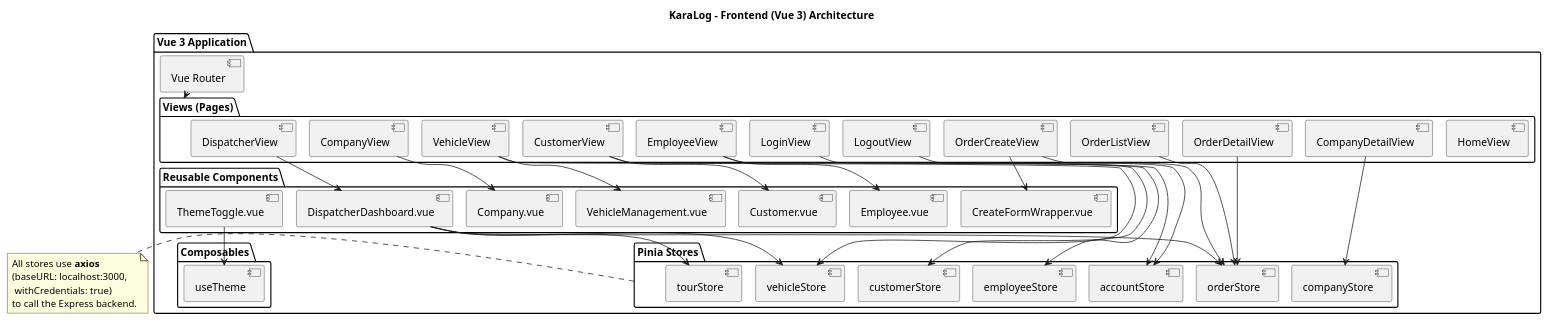
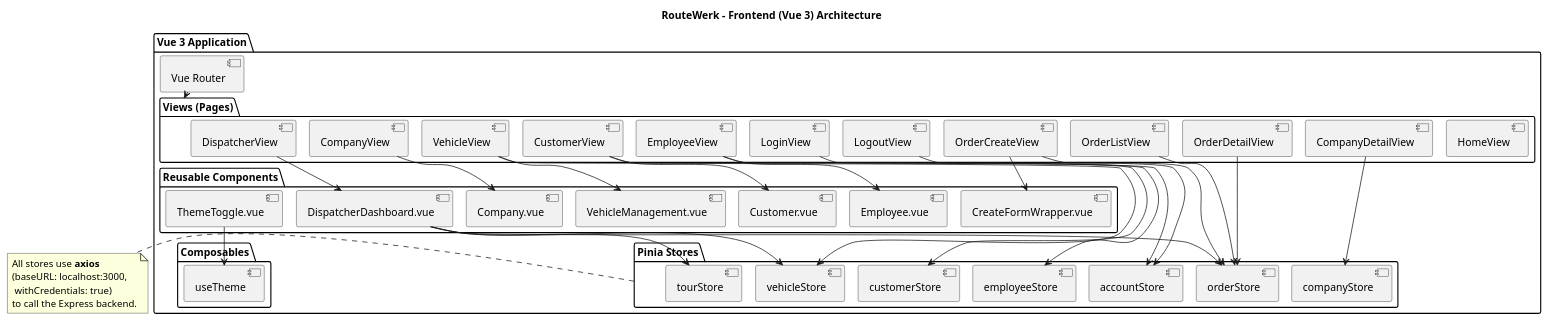
The diagram in architecture/frontend.puml (coyotiv-sose/graduation-project-AkinKaradag), drawn with PlantUML before and after one commit. The commit also changed 15 other files, not shown here.

Commit message:
Rename project references from KaraLog to RouteWerk

```diff
--- a/architecture/frontend.puml
+++ b/architecture/frontend.puml
@@ -1,88 +1,88 @@
 @startuml Frontend Architecture
 !pragma layout smetana
 skinparam componentStyle uml2
 skinparam linetype ortho
 
-title KaraLog – Frontend (Vue 3) Architecture
+title RouteWerk – Frontend (Vue 3) Architecture
 
 package "Vue 3 Application" as app {
 
   package "Views (Pages)" as views {
     [HomeView] as v_home
     [LoginView] as v_login
     [LogoutView] as v_logout
     [CompanyView] as v_company
     [CompanyDetailView] as v_companyDetail
     [CustomerView] as v_customer
     [EmployeeView] as v_employee
     [VehicleView] as v_vehicle
     [DispatcherView] as v_dispatcher
     [OrderCreateView] as v_orderCreate
     [OrderListView] as v_orderList
     [OrderDetailView] as v_orderDetail
   }
 
   package "Reusable Components" as components {
     [Company.vue] as c_company
     [Customer.vue] as c_customer
     [Employee.vue] as c_employee
     [VehicleManagement.vue] as c_vehicle
     [DispatcherDashboard.vue] as c_dashboard
     [CreateFormWrapper.vue] as c_formWrapper
     [ThemeToggle.vue] as c_theme
   }
 
   package "Pinia Stores" as stores {
     [accountStore] as s_account
     [companyStore] as s_company
     [customerStore] as s_customer
     [employeeStore] as s_employee
     [orderStore] as s_order
     [vehicleStore] as s_vehicle
     [tourStore] as s_tour
   }
 
   package "Composables" as composables {
     [useTheme] as comp_theme
   }
 
   [Vue Router] as router
 }
 
 ' ── Views use Components ──
 v_company --> c_company
 v_customer --> c_customer
 v_employee --> c_employee
 v_vehicle --> c_vehicle
 v_dispatcher --> c_dashboard
 v_orderCreate --> c_formWrapper
 
 ' ── Views / Components use Stores ──
 v_login --> s_account
 v_logout --> s_account
 v_companyDetail --> s_company
 v_customer --> s_customer
 v_employee --> s_employee
 v_orderCreate --> s_order
 v_orderList --> s_order
 v_orderDetail --> s_order
 v_vehicle --> s_vehicle
 c_dashboard --> s_order
 c_dashboard --> s_vehicle
 c_dashboard --> s_tour
 
 ' ── Theme ──
 c_theme --> comp_theme
 
 ' ── Router ──
 router --> views
 
 ' ── Stores call Backend REST API ──
 note right of stores
   All stores use **axios**
   (baseURL: localhost:3000,
    withCredentials: true)
   to call the Express backend.
 end note
 
 @enduml
```
